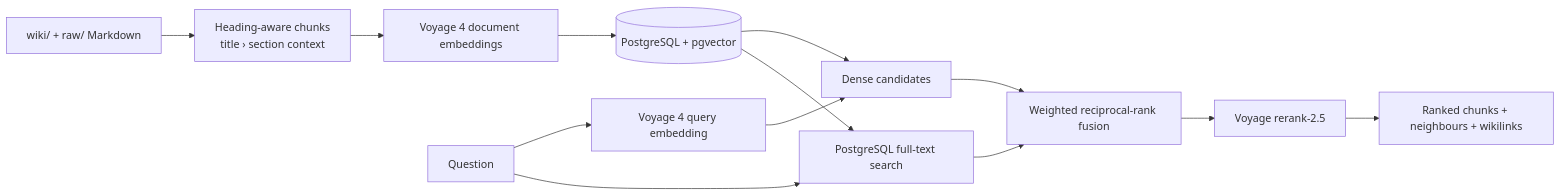
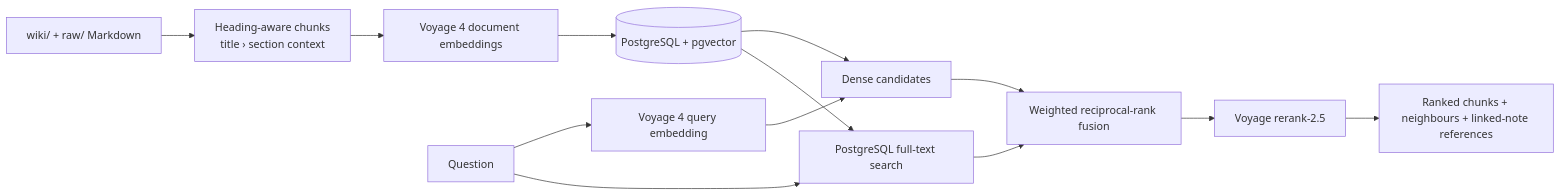
The diagram in README.md (chrisamber/wset-2-study-companion), drawn with Mermaid before and after one commit. The commit also changed other lines of this file and 9 other files, not shown here.

````diff
--- a/README.md
+++ b/README.md
@@ -27,15 +27,15 @@
 ```mermaid
 flowchart LR
     corpus["wiki/ + raw/ Markdown"] --> chunks["Heading-aware chunks<br/>title › section context"]
     chunks --> documents["Voyage 4 document embeddings"]
     documents --> store[("PostgreSQL + pgvector")]
     question["Question"] --> query["Voyage 4 query embedding"]
     query --> dense["Dense candidates"]
     store --> dense
     question --> lexical["PostgreSQL full-text search"]
     store --> lexical
     dense --> fusion["Weighted reciprocal-rank fusion"]
     lexical --> fusion
     fusion --> rerank["Voyage rerank-2.5"]
-    rerank --> evidence["Ranked chunks + neighbours + wikilinks"]
+    rerank --> evidence["Ranked chunks + neighbours + linked-note references"]
 ```
````
